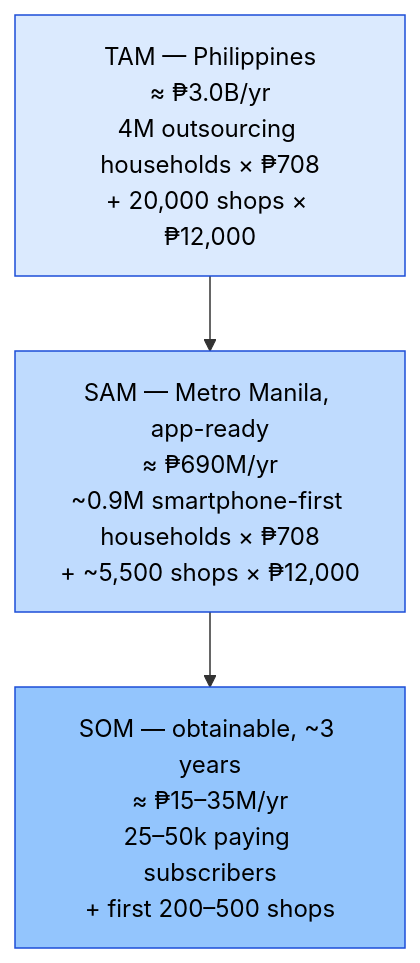
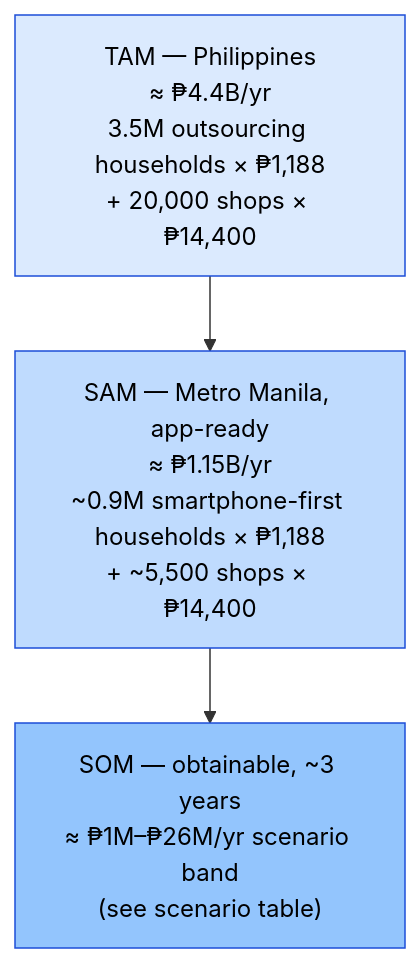
One commit to quennethks/clothesline changed the first of 3 diagrams in business/03-market-research.md. Above: the diagram before and after it, drawn with Mermaid. The commit also changed other lines of this file and 8 other files, not shown here.

````diff
--- a/business/03-market-research.md
+++ b/business/03-market-research.md
@@ -44,11 +45,11 @@
 ```mermaid
 flowchart TD
-    TAM["TAM — Philippines<br/>≈ ₱3.0B/yr<br/>4M outsourcing households × ₱708<br/>+ 20,000 shops × ₱12,000"]
-    SAM["SAM — Metro Manila, app-ready<br/>≈ ₱690M/yr<br/>~0.9M smartphone-first households × ₱708<br/>+ ~5,500 shops × ₱12,000"]
-    SOM["SOM — obtainable, ~3 years<br/>≈ ₱15–35M/yr<br/>25–50k paying subscribers<br/>+ first 200–500 shops"]
+    TAM["TAM — Philippines<br/>≈ ₱4.4B/yr<br/>3.5M outsourcing households × ₱1,188<br/>+ 20,000 shops × ₱14,400"]
+    SAM["SAM — Metro Manila, app-ready<br/>≈ ₱1.15B/yr<br/>~0.9M smartphone-first households × ₱1,188<br/>+ ~5,500 shops × ₱14,400"]
+    SOM["SOM — obtainable, ~3 years<br/>≈ ₱1M–₱26M/yr scenario band<br/>(see scenario table)"]
     TAM --> SAM --> SOM
 
     style TAM fill:#dbeafe,stroke:#1d4ed8,color:#000000
     style SAM fill:#bfdbfe,stroke:#1d4ed8,color:#000000
     style SOM fill:#93c5fd,stroke:#1d4ed8,color:#000000
 ```
````
